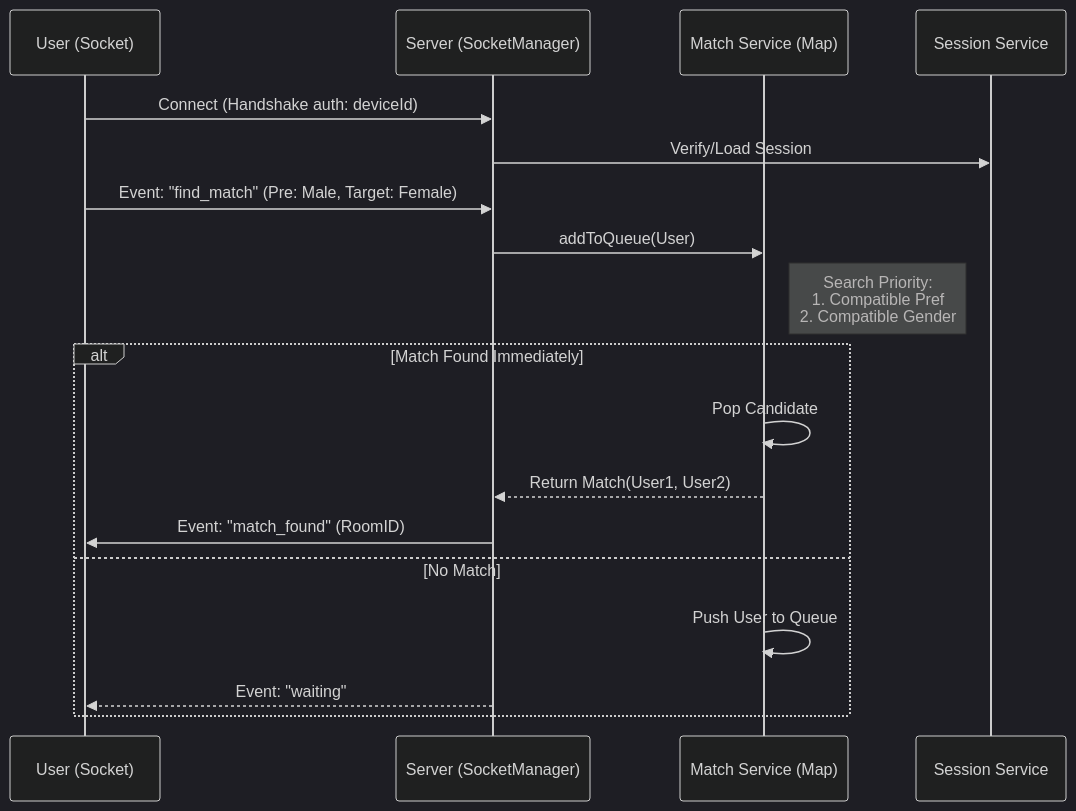
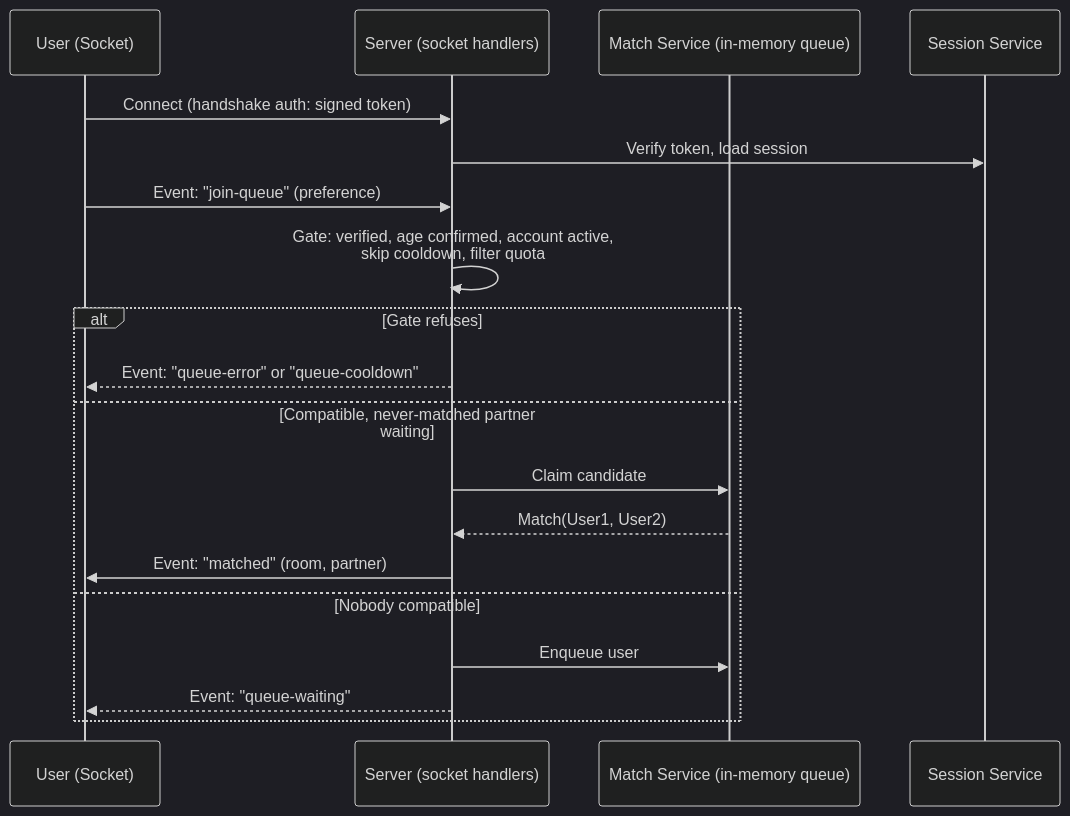
One commit to devyanshnandeshwar/ghostly-app changed the first of 4 diagrams in DOCUMENTATION.md. Above: the diagram before and after it, drawn with Mermaid (dark theme). The commit also changed other lines of this file and 3 other files, not shown here.

````diff
--- a/DOCUMENTATION.md
+++ b/DOCUMENTATION.md
@@ -95,24 +123,24 @@
 ```mermaid
 sequenceDiagram
     participant U as User (Socket)
-    participant S as Server (SocketManager)
-    participant Q as Match Service (Map)
+    participant S as Server (socket handlers)
+    participant Q as Match Service (in-memory queue)
     participant R as Session Service
 
-    U->>S: Connect (Handshake auth: deviceId)
-    S->>R: Verify/Load Session
+    U->>S: Connect (handshake auth: signed token)
+    S->>R: Verify token, load session
 
-    U->>S: Event: "find_match" (Pre: Male, Target: Female)
-    S->>Q: addToQueue(User)
+    U->>S: Event: "join-queue" (preference)
+    S->>S: Gate: verified, age confirmed, account active,<br/>skip cooldown, filter quota
 
-    Note right of Q: Search Priority: <br/>1. Compatible Pref<br/>2. Compatible Gender
-
-    alt Match Found Immediately
-        Q->>Q: Pop Candidate
-        Q-->>S: Return Match(User1, User2)
-        S->>U: Event: "match_found" (RoomID)
-    else No Match
-        Q->>Q: Push User to Queue
-        S-->>U: Event: "waiting"
+    alt Gate refuses
+        S-->>U: Event: "queue-error" or "queue-cooldown"
+    else Compatible, never-matched partner waiting
+        S->>Q: Claim candidate
+        Q-->>S: Match(User1, User2)
+        S->>U: Event: "matched" (room, partner)
+    else Nobody compatible
+        S->>Q: Enqueue user
+        S-->>U: Event: "queue-waiting"
     end
 ```
````
